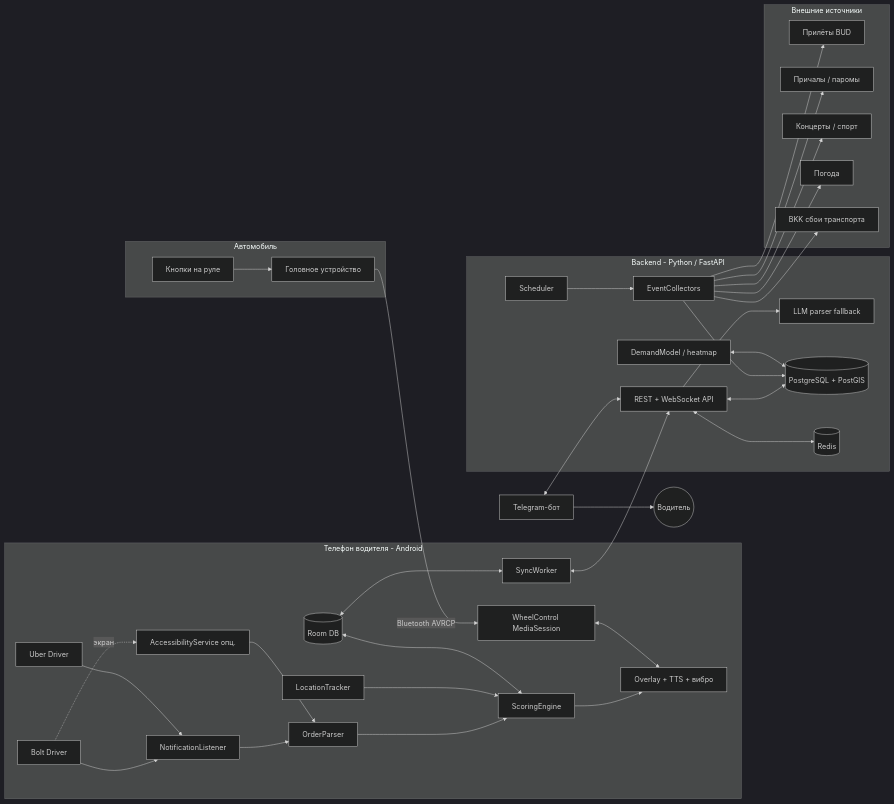
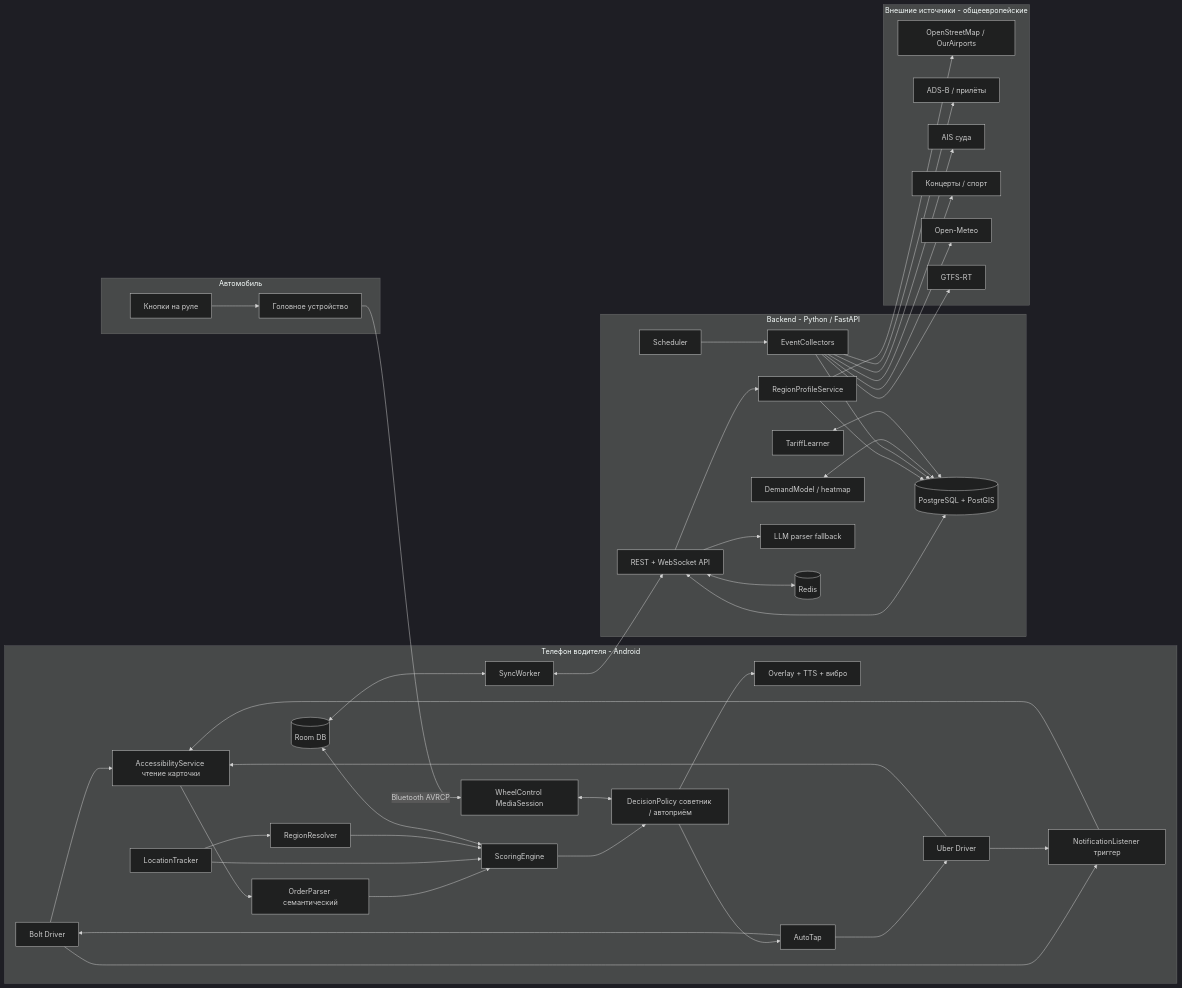
Before and after one commit to vitalxp/bot: the first of 2 diagrams in docs/architecture.md, drawn with Mermaid (dark theme). The commit also changed other lines of this file and 1 other file, not shown here.

Commit message:
docs: apply confirmed requirements (Android, any EU city by location, auto-accept option, standalone project) and real Bolt/Uber card samples

````diff
--- a/docs/architecture.md
+++ b/docs/architecture.md
@@ -36,67 +38,82 @@
 ```mermaid
 flowchart LR
     subgraph phone [Телефон водителя - Android]
         BoltApp[Bolt Driver]
         UberApp[Uber Driver]
-        NLS[NotificationListener]
-        ACC[AccessibilityService опц.]
-        Parser[OrderParser]
+        ACC[AccessibilityService чтение карточки]
+        NLS[NotificationListener триггер]
+        Parser[OrderParser семантический]
         Score[ScoringEngine]
+        Policy[DecisionPolicy советник / автоприём]
         UI[Overlay + TTS + вибро]
         Wheel[WheelControl MediaSession]
+        Tap[AutoTap]
+        Region[RegionResolver]
         Loc[LocationTracker]
         DB[(Room DB)]
         Sync[SyncWorker]
+        BoltApp --> ACC
+        UberApp --> ACC
         BoltApp --> NLS
         UberApp --> NLS
-        BoltApp -.экран.-> ACC
-        NLS --> Parser
+        NLS --> ACC
         ACC --> Parser
         Parser --> Score
-        Score --> UI
-        Wheel <--> UI
+        Score --> Policy
+        Policy --> UI
+        Policy --> Tap
+        Tap --> BoltApp
+        Tap --> UberApp
+        Wheel <--> Policy
+        Loc --> Region
         Loc --> Score
+        Region --> Score
         DB <--> Score
         DB <--> Sync
     end
 
     subgraph car [Автомобиль]
         SWC[Кнопки на руле]
         HU[Головное устройство]
         SWC --> HU
         HU -- "Bluetooth AVRCP" --> Wheel
     end
 
     subgraph backend [Backend - Python / FastAPI]
         API[REST + WebSocket API]
+        RegionSvc[RegionProfileService]
         Collectors[EventCollectors]
         Demand[DemandModel / heatmap]
+        Tariff[TariffLearner]
         LLM[LLM parser fallback]
         PG[(PostgreSQL + PostGIS)]
         Redis[(Redis)]
         Sched[Scheduler]
         API <--> PG
         API <--> Redis
+        API --> RegionSvc
+        RegionSvc --> PG
+        Sched --> Collectors
         Collectors --> PG
-        Sched --> Collectors
         Demand <--> PG
+        Tariff <--> PG
         API --> LLM
     end
 
-    subgraph ext [Внешние источники]
-        Flights[Прилёты BUD]
-        Ships[Причалы / паромы]
+    subgraph ext [Внешние источники - общеевропейские]
+        OSM[OpenStreetMap / OurAirports]
+        Flights[ADS-B / прилёты]
+        AIS[AIS суда]
         Events[Концерты / спорт]
-        Weather[Погода]
-        Transit[BKK сбои транспорта]
+        Weather[Open-Meteo]
+        Transit[GTFS-RT]
     end
 
     Sync <--> API
+    RegionSvc --> OSM
     Collectors --> Flights
-    Collectors --> Ships
+    Collectors --> AIS
     Collectors --> Events
     Collectors --> Weather
     Collectors --> Transit
-    TG[Telegram-бот] <--> API
-    TG --> Driver((Водитель))
 ```
````
